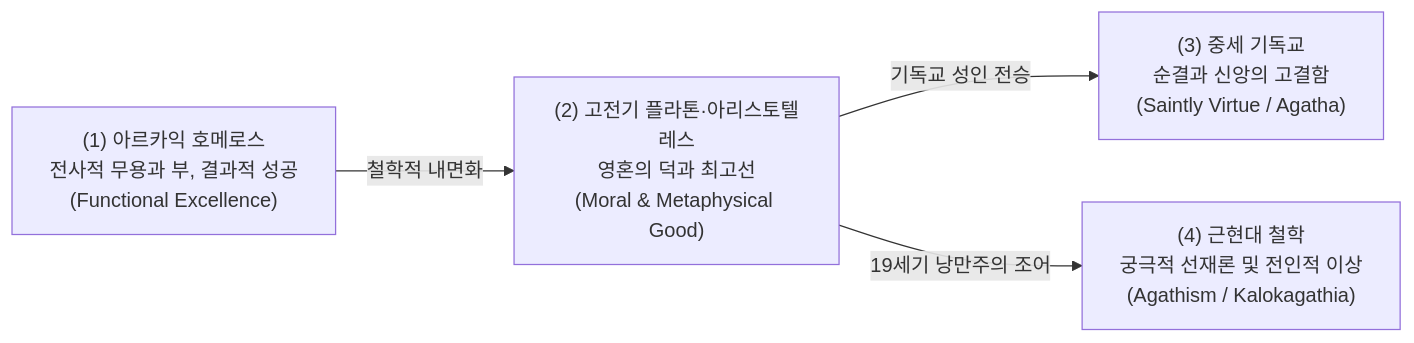
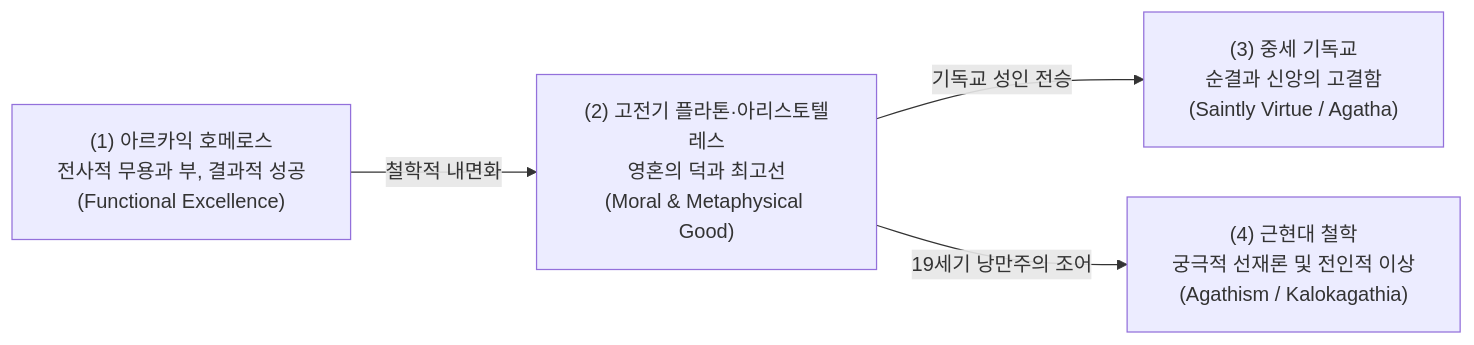
The second of 2 diagrams in words/word-agathos.md (YgHnSIM/Homer_wiki), drawn with Mermaid before and after one commit. The commit also changed other lines of this file, not shown here.

Commit message:
refactor(word-agathos): Mermaid 신규격 적용 (flowchart·init·classDef 제거)

````diff
--- a/words/word-agathos.md
+++ b/words/word-agathos.md
@@ -117,6 +118,7 @@
 ```mermaid
-graph LR
+%%{init: {'flowchart': {'useMaxWidth': true, 'nodeSpacing': 40, 'rankSpacing': 56, 'padding': 18, 'subGraphTitleMargin': {'top': 18, 'bottom': 10}}}}%%
+flowchart LR
     M1["(1) 아르카익 호메로스<br/>전사적 무용과 부, 결과적 성공<br/>(Functional Excellence)"] -->|철학적 내면화| M2["(2) 고전기 플라톤·아리스토텔레스<br/>영혼의 덕과 최고선<br/>(Moral & Metaphysical Good)"]
     M2 -->|기독교 성인 전승| M3["(3) 중세 기독교<br/>순결과 신앙의 고결함<br/>(Saintly Virtue / Agatha)"]
     M2 -->|19세기 낭만주의 조어| M4["(4) 근현대 철학<br/>궁극적 선재론 및 전인적 이상<br/>(Agathism / Kalokagathia)"]
 ```
````
